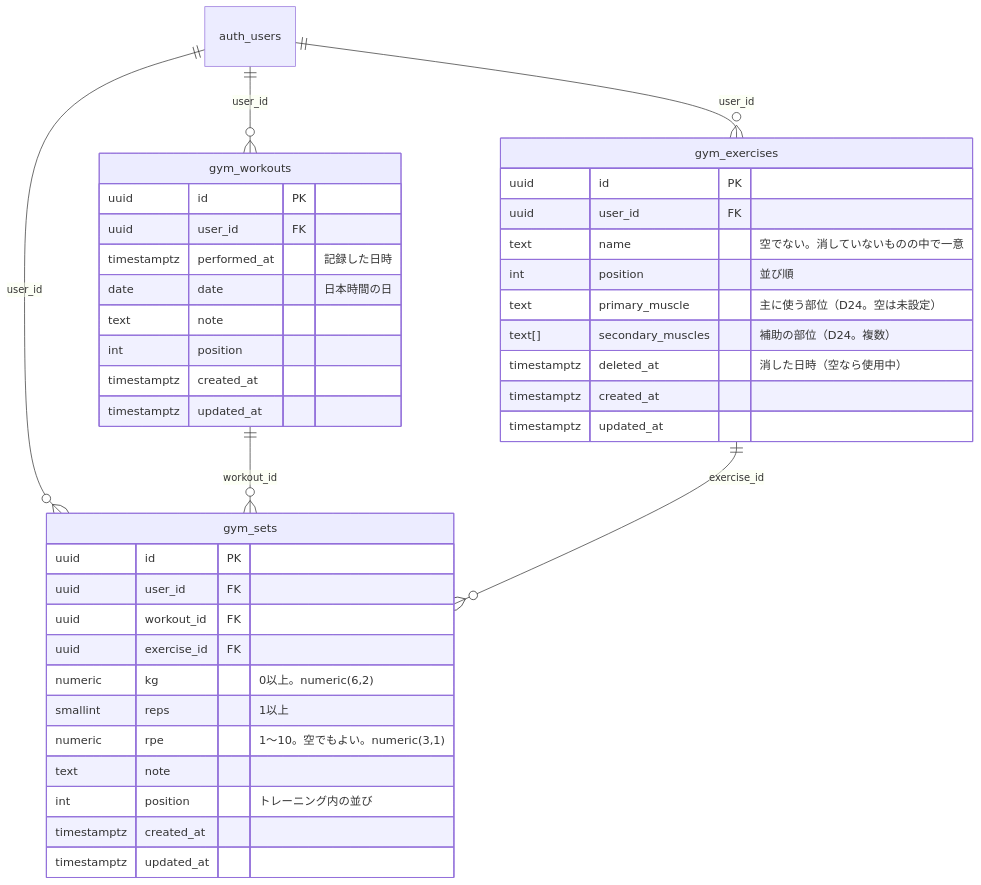
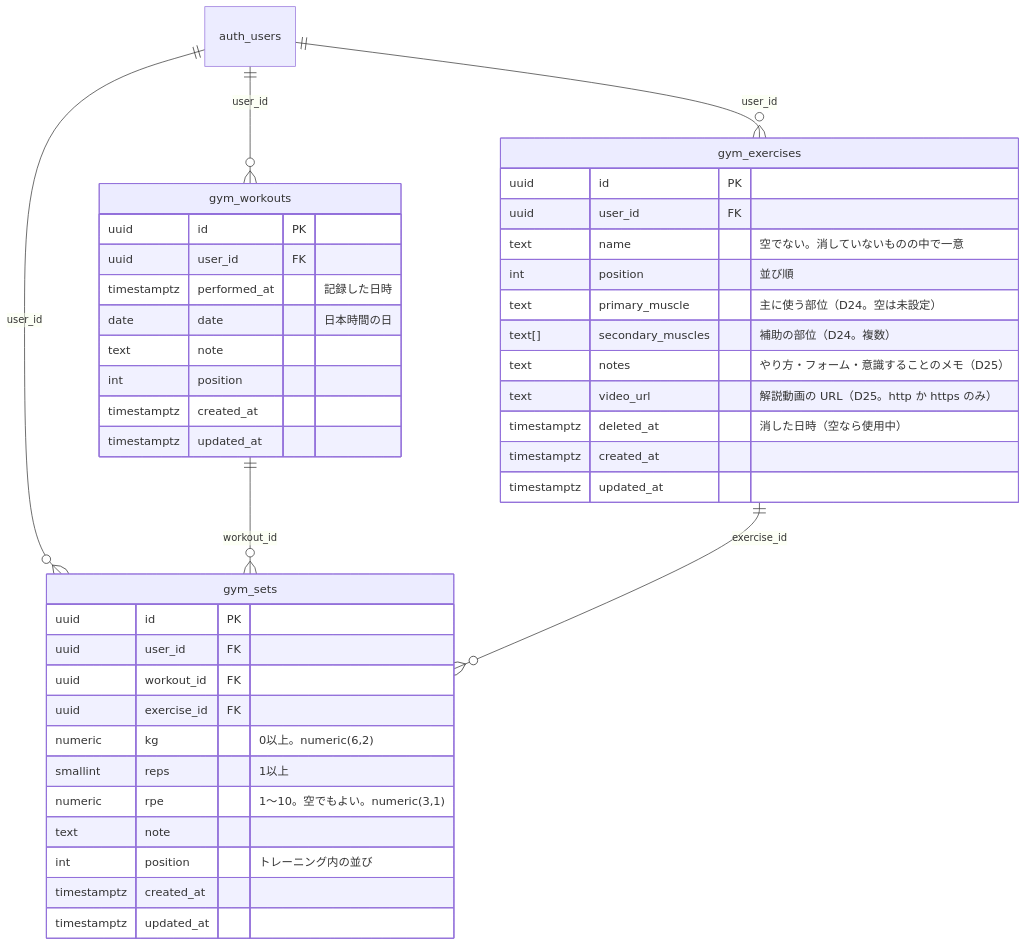
Before and after one commit to Keitaro0510/gymapp: the diagram in docs/DB.md, drawn with Mermaid. The commit also changed other lines of this file and 11 other files, not shown here.

````diff
--- a/docs/DB.md
+++ b/docs/DB.md
@@ -11,43 +11,45 @@
 ```mermaid
 erDiagram
   auth_users ||--o{ gym_exercises : "user_id"
   auth_users ||--o{ gym_workouts : "user_id"
   auth_users ||--o{ gym_sets : "user_id"
   gym_workouts ||--o{ gym_sets : "workout_id"
   gym_exercises ||--o{ gym_sets : "exercise_id"
 
   gym_exercises {
     uuid id PK
     uuid user_id FK
     text name "空でない。消していないものの中で一意"
     int position "並び順"
     text primary_muscle "主に使う部位（D24。空は未設定）"
     text[] secondary_muscles "補助の部位（D24。複数）"
+    text notes "やり方・フォーム・意識することのメモ（D25）"
+    text video_url "解説動画の URL（D25。http か https のみ）"
     timestamptz deleted_at "消した日時（空なら使用中）"
     timestamptz created_at
     timestamptz updated_at
   }
   gym_workouts {
     uuid id PK
     uuid user_id FK
     timestamptz performed_at "記録した日時"
     date date "日本時間の日"
     text note
     int position
     timestamptz created_at
     timestamptz updated_at
   }
   gym_sets {
     uuid id PK
     uuid user_id FK
     uuid workout_id FK
     uuid exercise_id FK
     numeric kg "0以上。numeric(6,2)"
     smallint reps "1以上"
     numeric rpe "1〜10。空でもよい。numeric(3,1)"
     text note
     int position "トレーニング内の並び"
     timestamptz created_at
     timestamptz updated_at
   }
 ```
````
